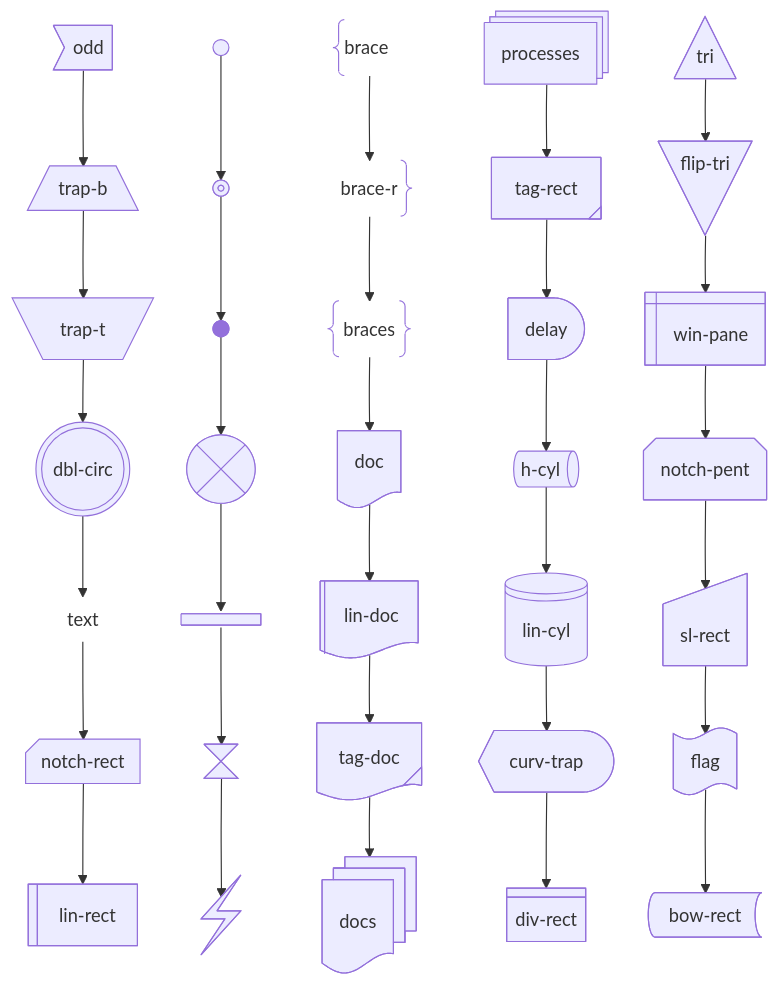
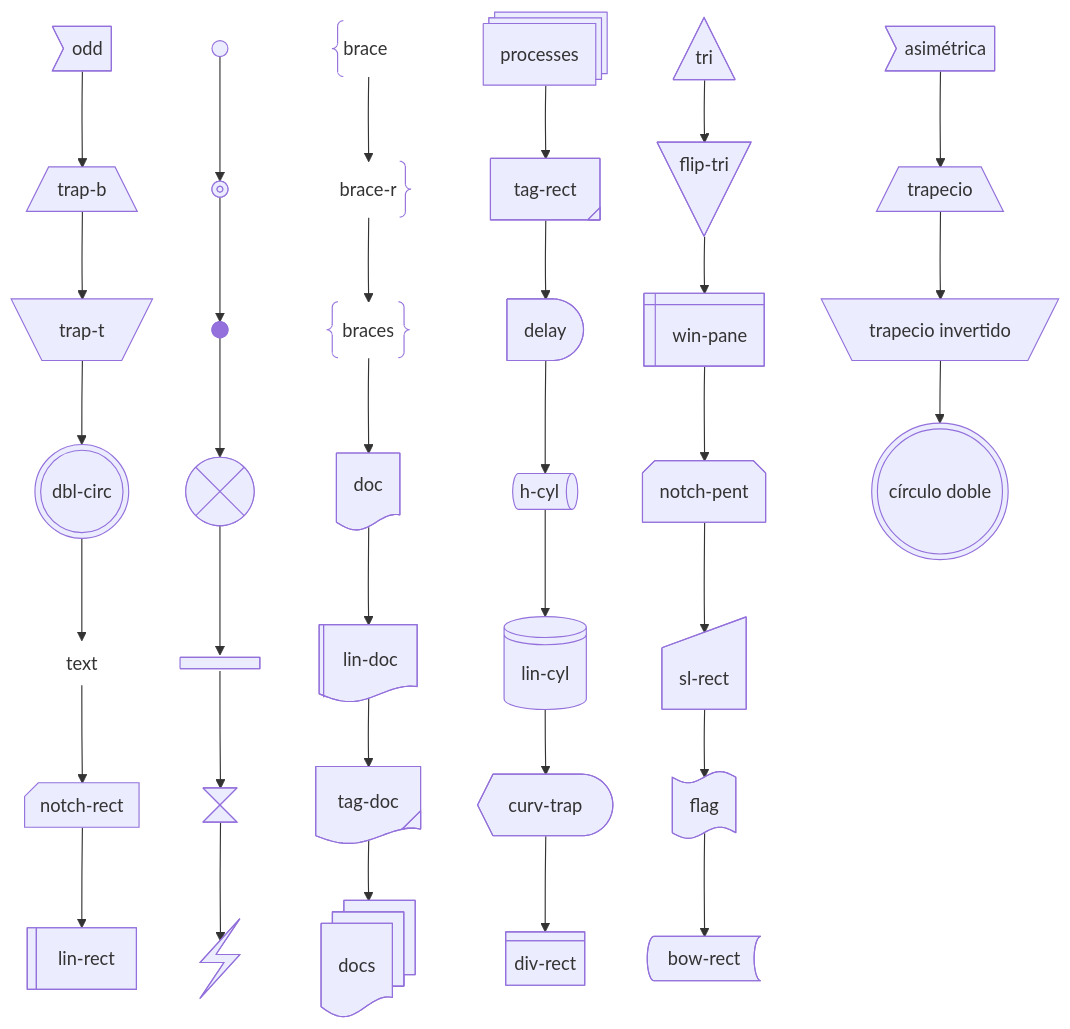
Before and after one commit to jesjack/diagram_maker: the diagram in examples/formas.mmd, drawn with Mermaid. The commit also changed 1 other file, not shown here.

Commit message:
Pastillas de id con el fondo algo transparente; formas.mmd con la sintaxis clásica nueva

```diff
--- a/examples/formas.mmd
+++ b/examples/formas.mmd
@@ -1,7 +1,9 @@
 flowchart TD
 %% Todas las formas extra: sintaxis clásica y id@{ shape: … } de Mermaid 11.3+
 f0_0@{ shape: odd, label: "odd" } --> f0_1@{ shape: trap-b, label: "trap-b" } --> f0_2@{ shape: trap-t, label: "trap-t" } --> f0_3@{ shape: dbl-circ, label: "dbl-circ" } --> f0_4@{ shape: text, label: "text" } --> f0_5@{ shape: notch-rect, label: "notch-rect" } --> f0_6@{ shape: lin-rect, label: "lin-rect" }
 f1_0@{ shape: sm-circ, label: "sm-circ" } --> f1_1@{ shape: fr-circ, label: "fr-circ" } --> f1_2@{ shape: f-circ, label: "f-circ" } --> f1_3@{ shape: cross-circ, label: "cross-circ" } --> f1_4@{ shape: fork, label: "fork" } --> f1_5@{ shape: hourglass, label: "hourglass" } --> f1_6@{ shape: bolt, label: "bolt" }
 f2_0@{ shape: brace, label: "brace" } --> f2_1@{ shape: brace-r, label: "brace-r" } --> f2_2@{ shape: braces, label: "braces" } --> f2_3@{ shape: doc, label: "doc" } --> f2_4@{ shape: lin-doc, label: "lin-doc" } --> f2_5@{ shape: tag-doc, label: "tag-doc" } --> f2_6@{ shape: docs, label: "docs" }
 f3_0@{ shape: processes, label: "processes" } --> f3_1@{ shape: tag-rect, label: "tag-rect" } --> f3_2@{ shape: delay, label: "delay" } --> f3_3@{ shape: h-cyl, label: "h-cyl" } --> f3_4@{ shape: lin-cyl, label: "lin-cyl" } --> f3_5@{ shape: curv-trap, label: "curv-trap" } --> f3_6@{ shape: div-rect, label: "div-rect" }
 f4_0@{ shape: tri, label: "tri" } --> f4_1@{ shape: flip-tri, label: "flip-tri" } --> f4_2@{ shape: win-pane, label: "win-pane" } --> f4_3@{ shape: notch-pent, label: "notch-pent" } --> f4_4@{ shape: sl-rect, label: "sl-rect" } --> f4_5@{ shape: flag, label: "flag" } --> f4_6@{ shape: bow-rect, label: "bow-rect" }
+%% Sintaxis clásica nueva: asimétrica, trapecios y círculo doble
+c1>"asimétrica"] --> c2[/"trapecio"\] --> c3[\"trapecio invertido"/] --> c4((("círculo doble")))
```
